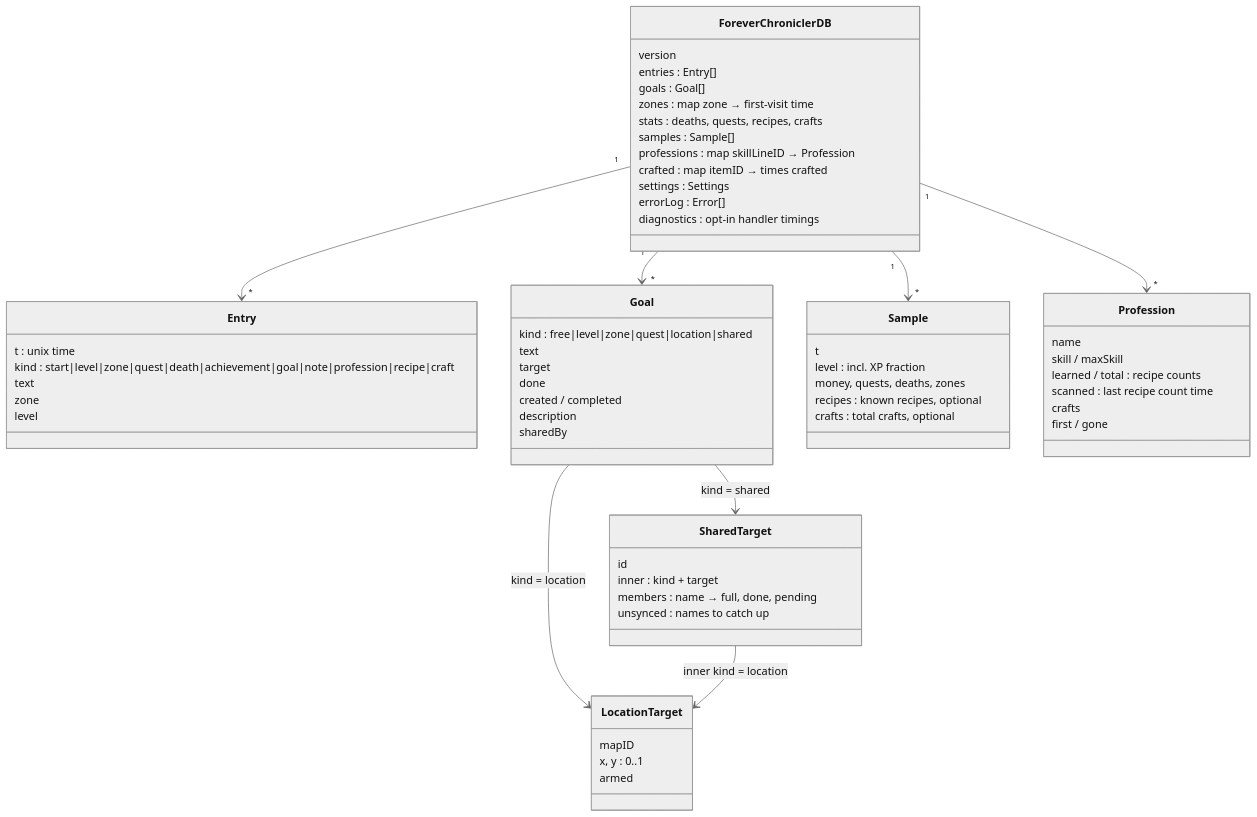
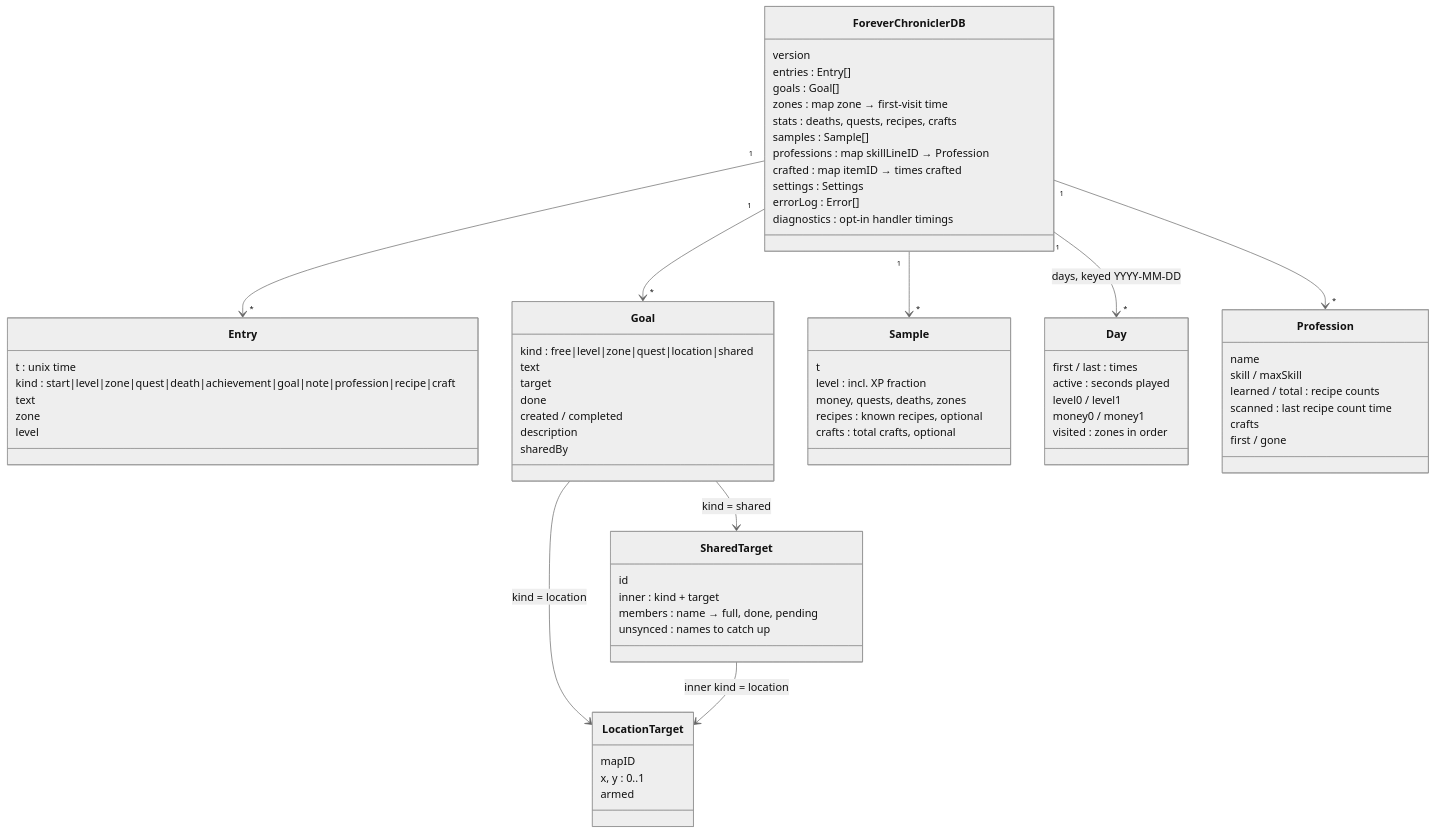
Before and after one commit to SaffronG/ForeverChronicler: the fifth of 12 diagrams in docs/Topology.md, drawn with Mermaid (neutral theme). The commit also changed other lines of this file and 11 other files, not shown here.

````diff
--- a/docs/Topology.md
+++ b/docs/Topology.md
@@ -198,65 +202,73 @@
 ```mermaid
 classDiagram
     class ForeverChroniclerDB {
         version
         entries : Entry[]
         goals : Goal[]
         zones : map zone → first-visit time
         stats : deaths, quests, recipes, crafts
         samples : Sample[]
         professions : map skillLineID → Profession
         crafted : map itemID → times crafted
         settings : Settings
         errorLog : Error[]
         diagnostics : opt-in handler timings
     }
     class Entry {
         t : unix time
         kind : start|level|zone|quest|death|achievement|goal|note|profession|recipe|craft
         text
         zone
         level
     }
     class Goal {
         kind : free|level|zone|quest|location|shared
         text
         target
         done
         created / completed
         description
         sharedBy
     }
     class LocationTarget {
         mapID
         x, y : 0..1
         armed
     }
     class SharedTarget {
         id
         inner : kind + target
         members : name → full, done, pending
         unsynced : names to catch up
     }
     class Sample {
         t
         level : incl. XP fraction
         money, quests, deaths, zones
         recipes : known recipes, optional
         crafts : total crafts, optional
     }
+    class Day {
+        first / last : times
+        active : seconds played
+        level0 / level1
+        money0 / money1
+        visited : zones in order
+    }
     class Profession {
         name
         skill / maxSkill
         learned / total : recipe counts
         scanned : last recipe count time
         crafts
         first / gone
     }
     ForeverChroniclerDB "1" --> "*" Entry
     ForeverChroniclerDB "1" --> "*" Goal
     ForeverChroniclerDB "1" --> "*" Sample
     ForeverChroniclerDB "1" --> "*" Profession
+    ForeverChroniclerDB "1" --> "*" Day : days, keyed YYYY-MM-DD
     Goal --> LocationTarget : kind = location
     Goal --> SharedTarget : kind = shared
     SharedTarget --> LocationTarget : inner kind = location
 ```
````
